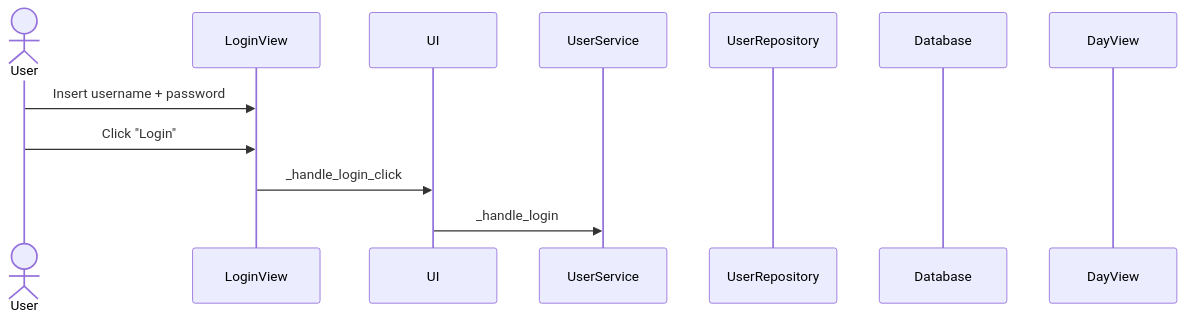
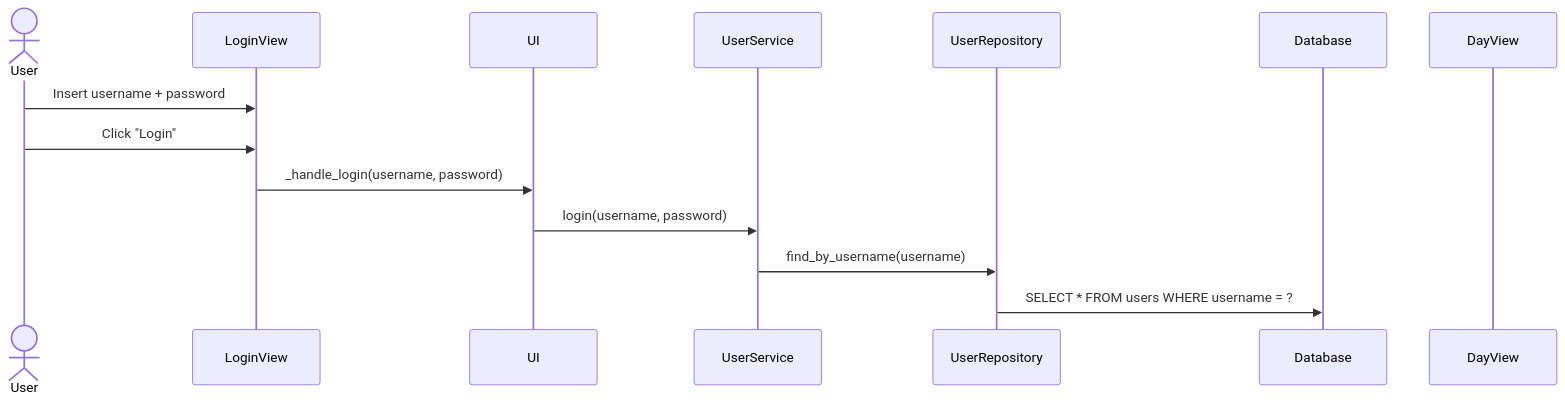
Before and after one commit to MildMunshin/ot-harjoitustyo: the third of 3 diagrams in dokumentaatio/arkkitehtuuri.md, drawn with Mermaid.

````diff
--- a/dokumentaatio/arkkitehtuuri.md
+++ b/dokumentaatio/arkkitehtuuri.md
@@ -61,15 +61,17 @@
 ```mermaid
 sequenceDiagram
     actor User
     participant LoginView
     participant UI
     participant UserService
     participant UserRepository
     participant Database
     participant DayView
 
     User->>LoginView: Insert username + password
     User->>LoginView: Click "Login"
-    LoginView->>UI: _handle_login_click
-    UI->>UserService: _handle_login
+    LoginView->>UI: _handle_login(username, password)
+    UI->>UserService: login(username, password)
+    UserService->>UserRepository: find_by_username(username)
+    UserRepository->>Database: SELECT * FROM users WHERE username = ?
 ```
````
